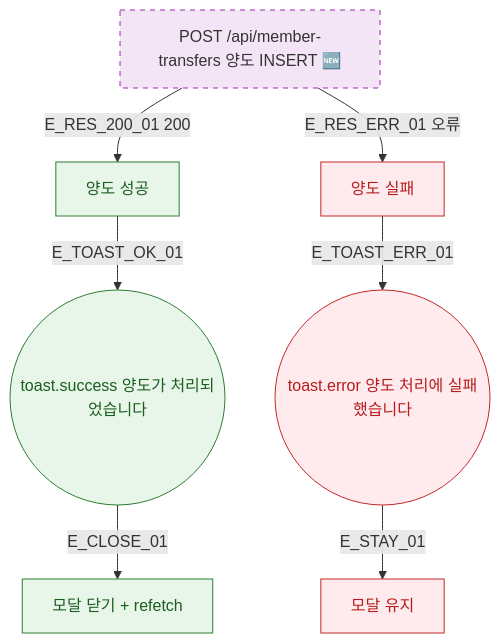
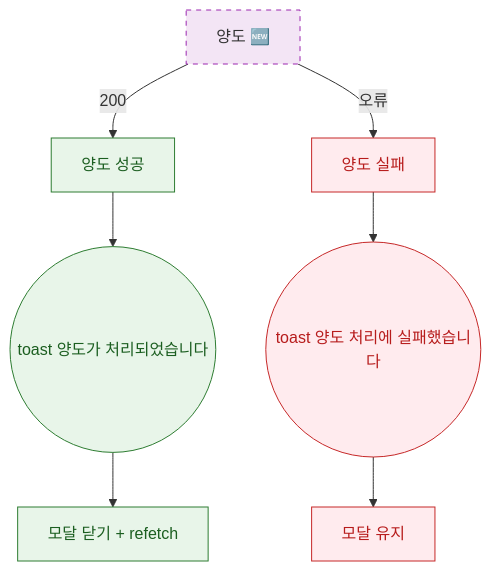
The diagram in docs/다이어그램/D02_회원관리/DLG/DLG-M019_양도처리/M3_결과분기.md (dev-spogym/admin-pando), drawn with Mermaid before and after one commit. The commit also changed other lines of this file and 1660 other files, not shown here.

First line of the commit message:
다이어그램: 기획자/클라이언트 납품본으로 정리

````diff
--- a/docs/다이어그램/D02_회원관리/DLG/DLG-M019_양도처리/M3_결과분기.md
+++ b/docs/다이어그램/D02_회원관리/DLG/DLG-M019_양도처리/M3_결과분기.md
@@ -22,21 +20,21 @@
 ```mermaid
 flowchart TD
-  API[POST /api/member-transfers 양도 INSERT 🆕]
+  API[양도 🆕]
 
-  API -->|E_RES_200_01 200| SUCCESS[양도 성공]
-  API -->|E_RES_ERR_01 오류| FAIL[양도 실패]
+  API -->|200|SUCCESS[양도 성공]
+  API -->|오류|FAIL[양도 실패]
 
-  SUCCESS -->|E_TOAST_OK_01| TOAST_OK((toast.success 양도가 처리되었습니다))
-  TOAST_OK -->|E_CLOSE_01| POST_OK[모달 닫기 + refetch]
+  SUCCESS --> TOAST_OK((toast 양도가 처리되었습니다))
+  TOAST_OK --> POST_OK[모달 닫기 + refetch]
 
-  FAIL -->|E_TOAST_ERR_01| TOAST_ERR((toast.error 양도 처리에 실패했습니다))
-  TOAST_ERR -->|E_STAY_01| MODAL_STAY[모달 유지]
+  FAIL --> TOAST_ERR((toast 양도 처리에 실패했습니다))
+  TOAST_ERR --> MODAL_STAY[모달 유지]
 
   classDef newFeature fill:#F3E5F5,stroke:#9C27B0,stroke-dasharray:5 5
-  classDef success    fill:#E8F5E9,stroke:#2E7D32,color:#1B5E20
-  classDef error      fill:#FFEBEE,stroke:#C62828,color:#B71C1C
+  classDef success fill:#E8F5E9,stroke:#2E7D32,color:#1B5E20
+  classDef error fill:#FFEBEE,stroke:#C62828,color:#B71C1C
 
   class API newFeature
   class SUCCESS,TOAST_OK,POST_OK success
   class FAIL,TOAST_ERR,MODAL_STAY error
 ```
````
